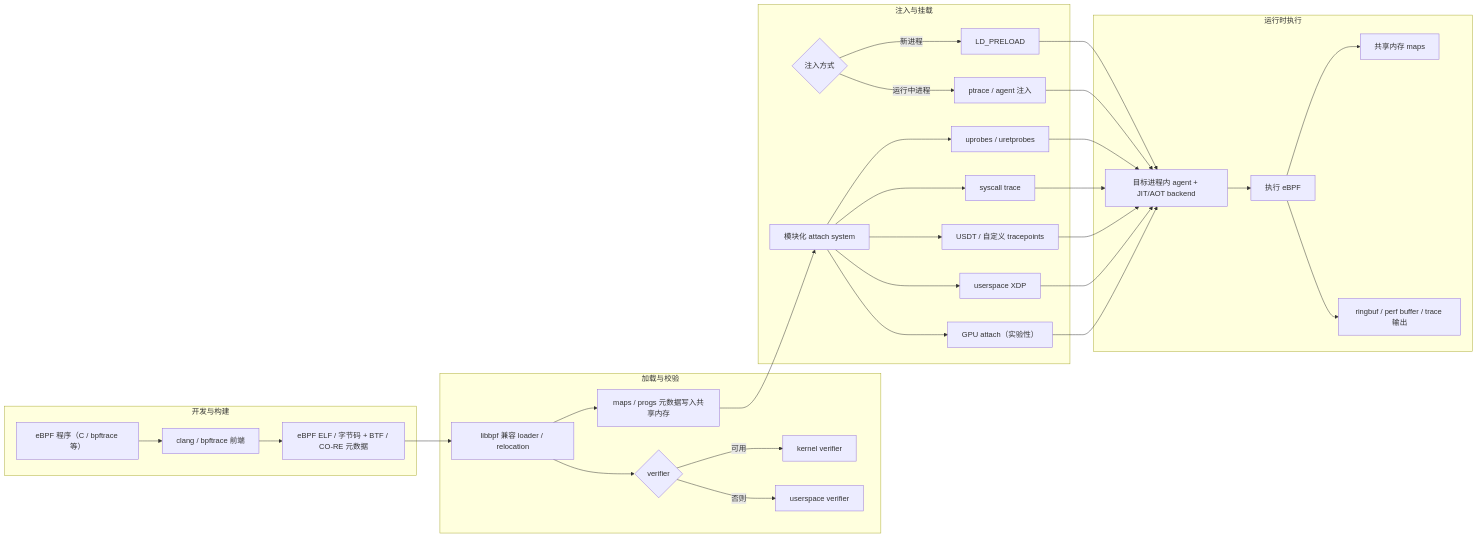
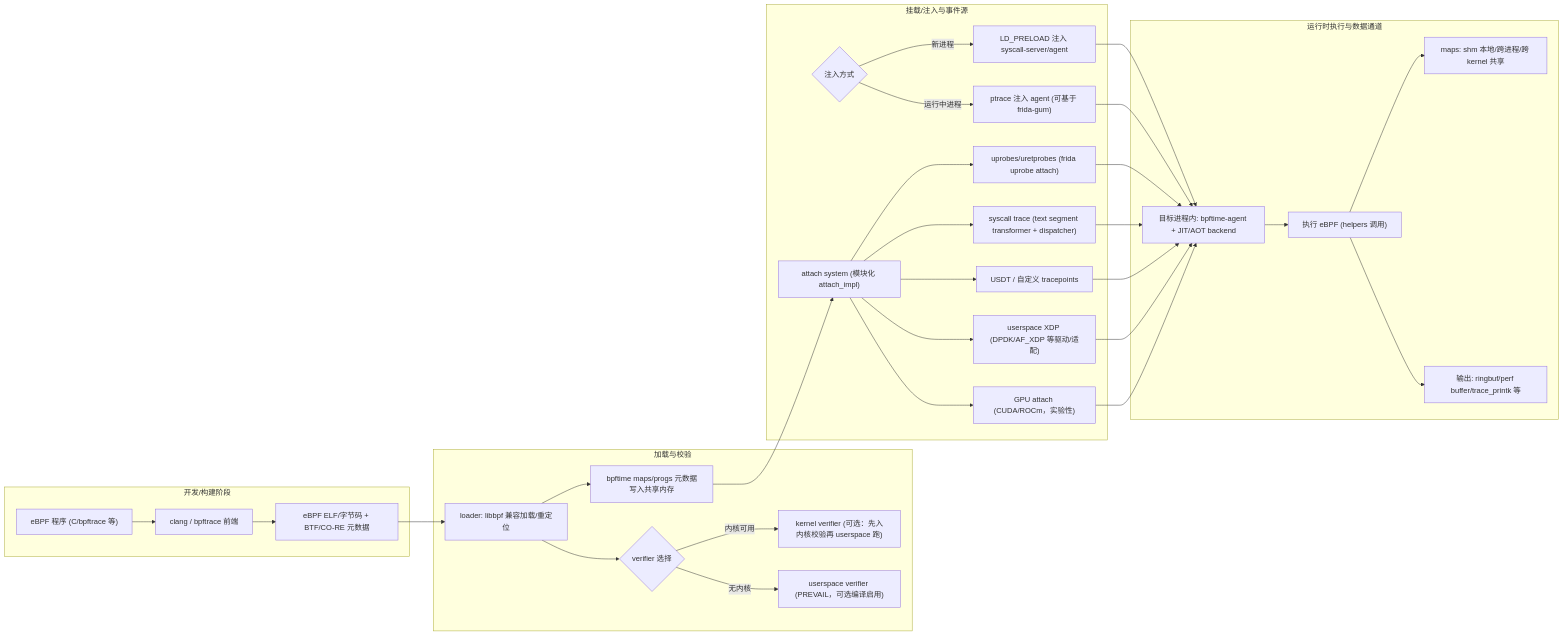
Before and after one commit to peipei-pig/hexo: the diagram in source/_posts/tools/bpftime.md, drawn with Mermaid. The commit also changed other lines of this file, not shown here.

````diff
--- a/source/_posts/tools/bpftime.md
+++ b/source/_posts/tools/bpftime.md
@@ -74,40 +61,40 @@
 ```mermaid
 flowchart LR
-  subgraph Dev["开发与构建"]
-    A["eBPF 程序（C / bpftrace 等）"] --> B["clang / bpftrace 前端"]
-    B --> C["eBPF ELF / 字节码 + BTF / CO-RE 元数据"]
+  subgraph Dev["开发/构建阶段"]
+    A["eBPF 程序 (C/bpftrace 等)"] --> B["clang / bpftrace 前端"]
+    B --> C["eBPF ELF/字节码 + BTF/CO-RE 元数据"]
   end
 
   subgraph Load["加载与校验"]
-    C --> D["libbpf 兼容 loader / relocation"]
-    D --> E{"verifier"}
-    E -->|可用| F["kernel verifier"]
-    E -->|否则| G["userspace verifier"]
-    D --> H["maps / progs 元数据写入共享内存"]
+    C --> D["loader: libbpf 兼容加载/重定位"]
+    D --> E{"verifier 选择"}
+    E -->|内核可用| F["kernel verifier (可选：先入内核校验再 userspace 跑)"]
+    E -->|无内核| G["userspace verifier (PREVAIL，可选编译启用)"]
+    D --> H["bpftime maps/progs 元数据写入共享内存"]
   end
 
-  subgraph Attach["注入与挂载"]
-    I{"注入方式"} -->|新进程| J["LD_PRELOAD"]
-    I -->|运行中进程| K["ptrace / agent 注入"]
-    H --> L["模块化 attach system"]
-    L --> M["uprobes / uretprobes"]
-    L --> N["syscall trace"]
+  subgraph Attach["挂载/注入与事件源"]
+    I{"注入方式"} -->|新进程| J["LD_PRELOAD 注入 syscall-server/agent"]
+    I -->|运行中进程| K["ptrace 注入 agent (可基于 frida-gum)"]
+    H --> L["attach system (模块化 attach_impl)"]
+    L --> M["uprobes/uretprobes (frida uprobe attach)"]
+    L --> N["syscall trace (text segment transformer + dispatcher)"]
     L --> O["USDT / 自定义 tracepoints"]
-    L --> P["userspace XDP"]
-    L --> Q["GPU attach（实验性）"]
+    L --> P["userspace XDP (DPDK/AF_XDP 等驱动/适配)"]
+    L --> Q["GPU attach (CUDA/ROCm，实验性)"]
   end
 
-  subgraph Run["运行时执行"]
-    R["目标进程内 agent + JIT/AOT backend"] --> S["执行 eBPF"]
-    S --> T["共享内存 maps"]
-    S --> U["ringbuf / perf buffer / trace 输出"]
+  subgraph Run["运行时执行与数据通道"]
+    R["目标进程内: bpftime-agent + JIT/AOT backend"] --> S["执行 eBPF (helpers 调用)"]
+    S --> T["maps: shm 本地/跨进程/跨 kernel 共享"]
+    S --> U["输出: ringbuf/perf buffer/trace_printk 等"]
   end
 
   J --> R
   K --> R
   M --> R
   N --> R
   O --> R
   P --> R
   Q --> R
 ```
````
